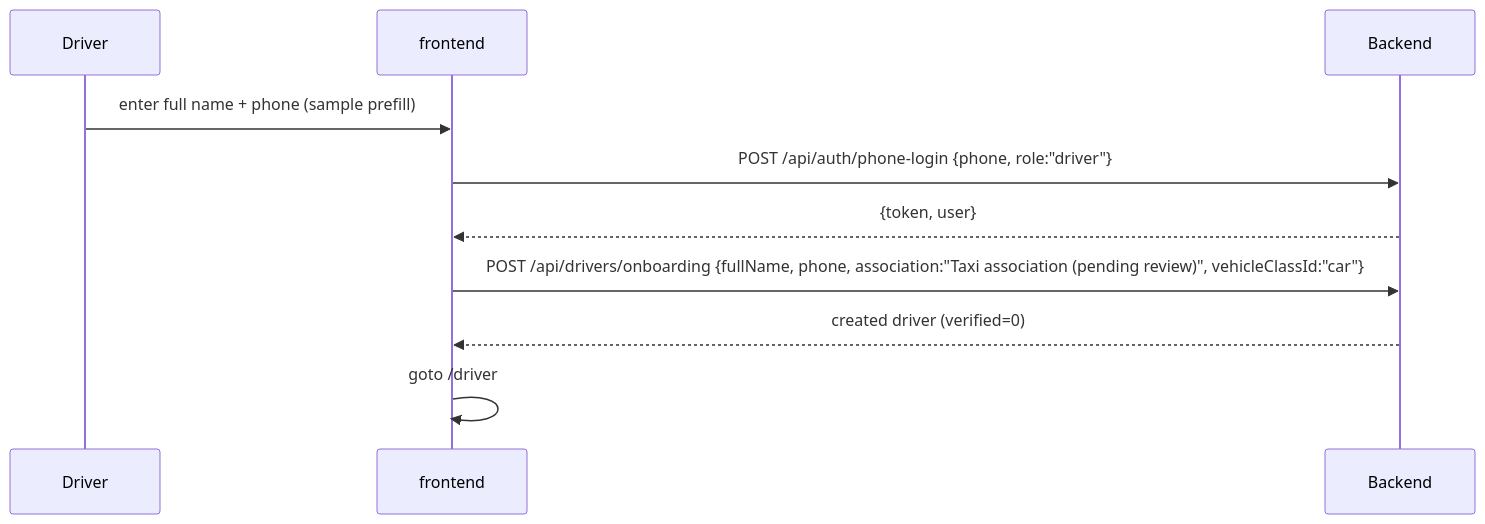
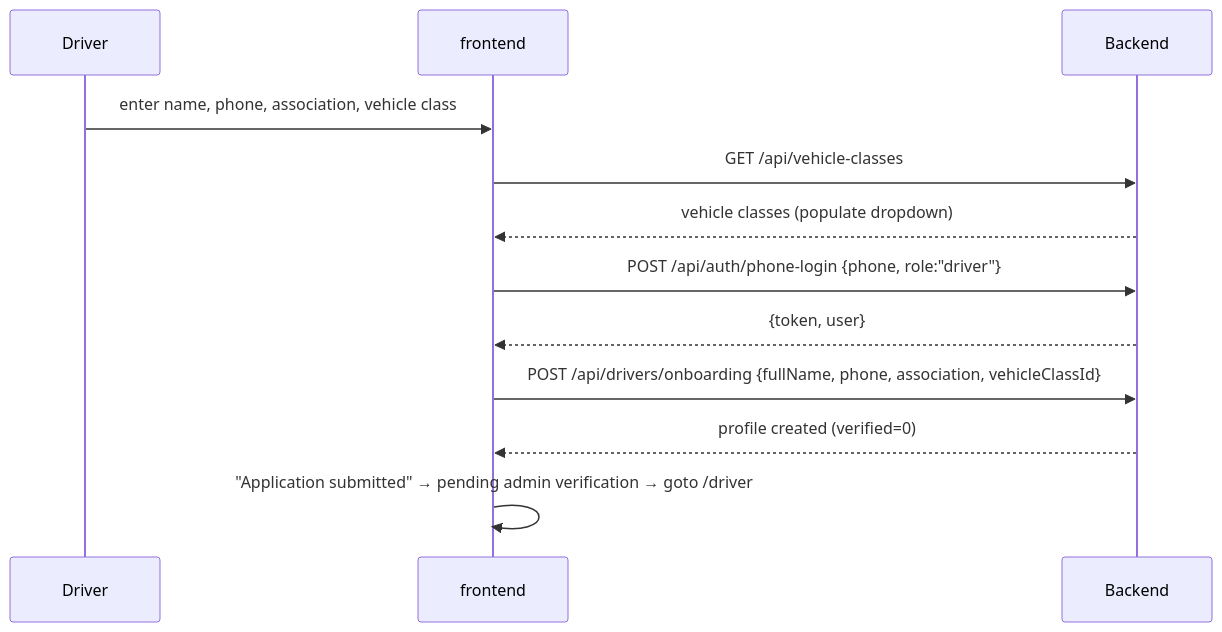
Before and after one commit to IVYIMOH/My_rider: the sixth of 7 diagrams in docs/frontend.md, drawn with Mermaid. The commit also changed other lines of this file and 4 other files, not shown here.

Commit message:
docs: update architecture and per-system docs to current state

````diff
--- a/docs/frontend.md
+++ b/docs/frontend.md
@@ -182,13 +210,15 @@
 ```mermaid
 sequenceDiagram
     participant U as Driver
     participant F as frontend
     participant A as Backend
 
-    U->>F: enter full name + phone (sample prefill)
+    U->>F: enter name, phone, association, vehicle class
+    F->>A: GET /api/vehicle-classes
+    A-->>F: vehicle classes (populate dropdown)
     F->>A: POST /api/auth/phone-login {phone, role:"driver"}
     A-->>F: {token, user}
-    F->>A: POST /api/drivers/onboarding {fullName, phone, association:"Taxi association (pending review)", vehicleClassId:"car"}
-    A-->>F: created driver (verified=0)
-    F->>F: goto /driver
+    F->>A: POST /api/drivers/onboarding {fullName, phone, association, vehicleClassId}
+    A-->>F: profile created (verified=0)
+    F->>F: "Application submitted" → pending admin verification → goto /driver
 ```
````
